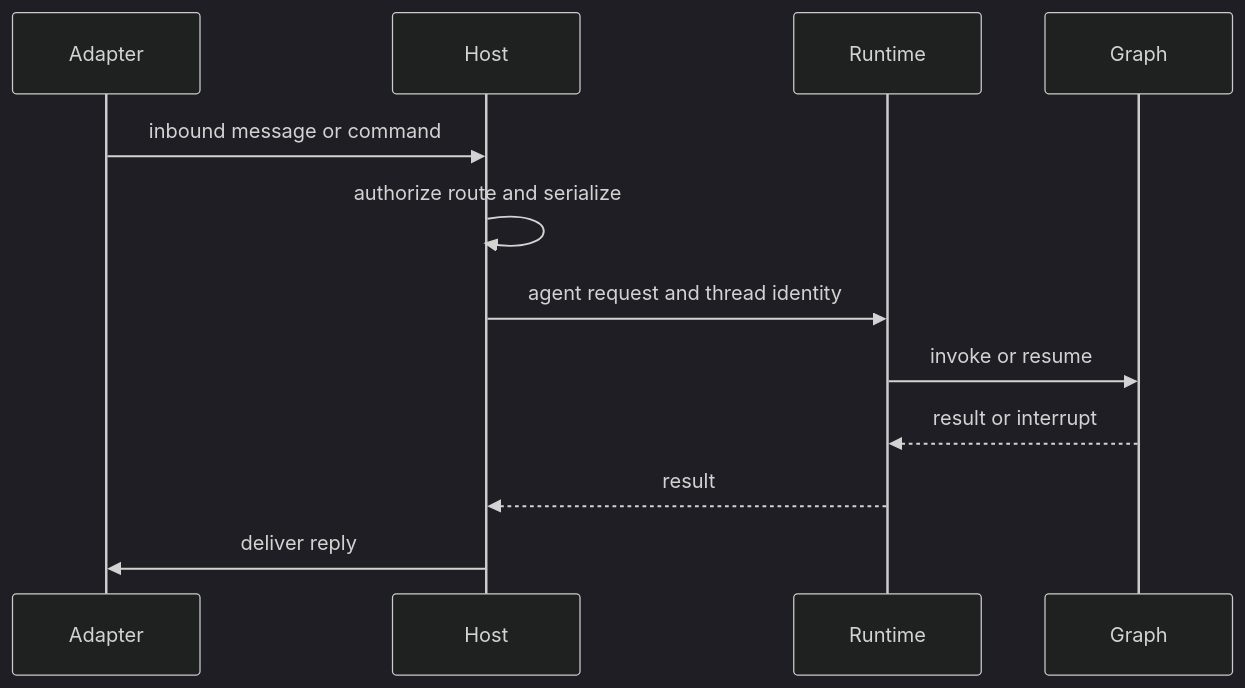
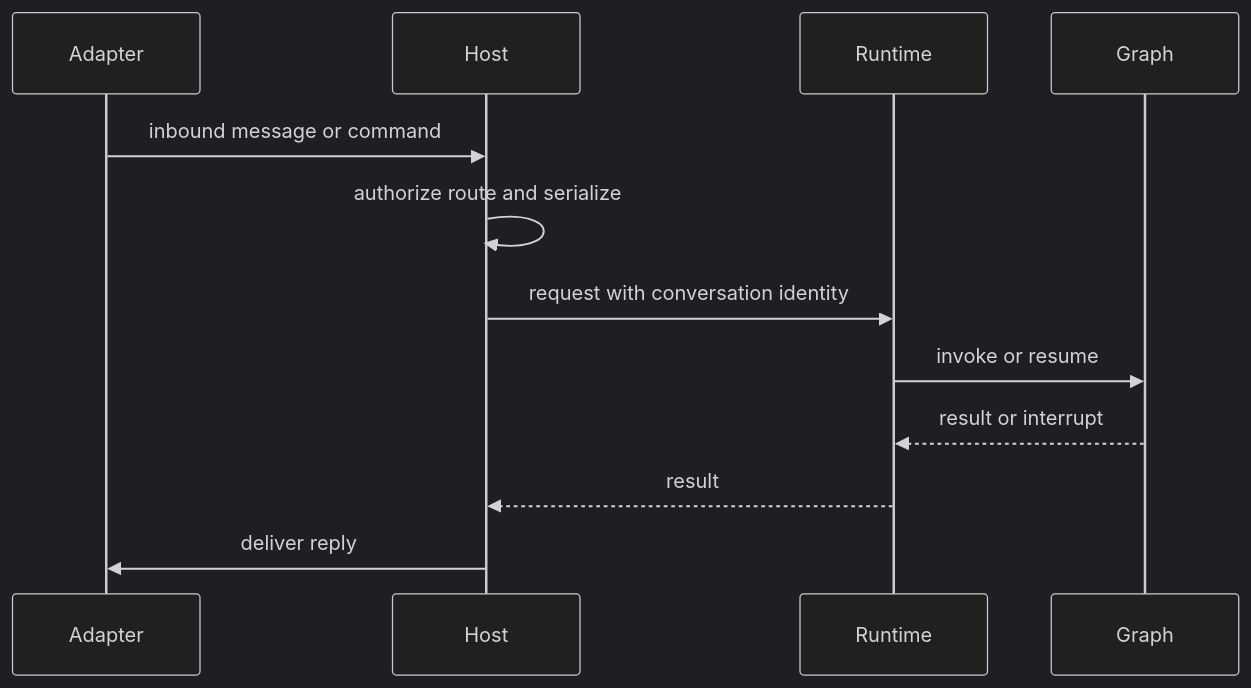
One commit to langchain-ai/deepagents changed the diagram in openwiki/integrations/talon.md. Above: the diagram before and after it, drawn with Mermaid (dark theme). The commit also changed other lines of this file and 32 other files, not shown here.

````diff
--- a/openwiki/integrations/talon.md
+++ b/openwiki/integrations/talon.md
@@ -64,14 +64,14 @@
 ```mermaid
 sequenceDiagram
     participant Adapter
     participant Host
     participant Runtime
     participant Graph
     Adapter->>Host: inbound message or command
     Host->>Host: authorize route and serialize
-    Host->>Runtime: agent request and thread identity
+    Host->>Runtime: request with conversation identity
     Runtime->>Graph: invoke or resume
     Graph-->>Runtime: result or interrupt
     Runtime-->>Host: result
     Host->>Adapter: deliver reply
 ```
````
